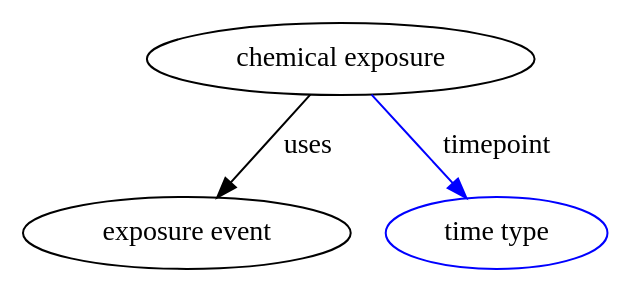
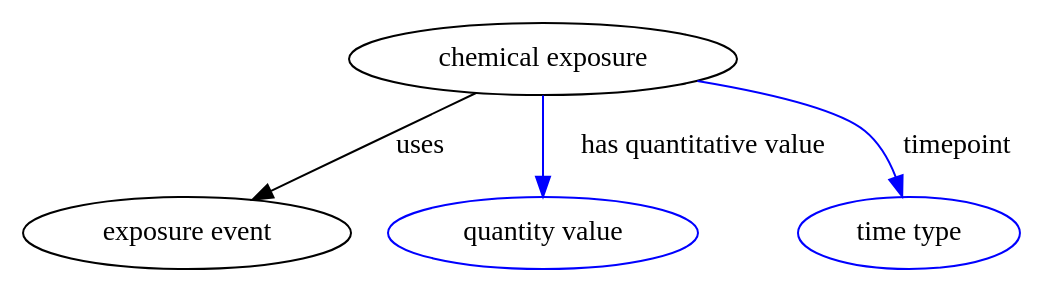
The diagram in graphviz/chemical_exposure.gv (biolink/biolink-model), drawn with Graphviz before and after one commit. The commit also changed 21 other files, not shown here.

```diff
--- a/graphviz/chemical_exposure.gv
+++ b/graphviz/chemical_exposure.gv
@@ -1,24 +1,34 @@
 digraph {
-	graph [bb="0,0,292.14,123"];
+	graph [bb="0,0,500.89,123"];
 	node [label="\N"];
 	"chemical exposure"	[height=0.5,
 		label="chemical exposure",
-		pos="158.89,105",
+		pos="258.89,105",
 		width=2.69];
 	"exposure event"	[height=0.5,
 		pos="81.893,18",
 		width=2.2748];
 	"chemical exposure" -> "exposure event"	[label=uses,
-		lp="142.39,61.5",
-		pos="e,97.074,35.758 143.68,87.207 132.29,74.633 116.54,57.252 103.8,43.182"];
+		lp="198.39,61.5",
+		pos="e,114.44,34.629 225.6,88.012 196.74,74.153 154.84,54.031 123.72,39.088"];
+	"has quantitative value"	[color=blue,
+		height=0.5,
+		label="quantity value",
+		pos="258.89,18",
+		width=2.1484];
+	"chemical exposure" -> "has quantitative value"	[color=blue,
+		label="has quantitative value",
+		lp="338.89,61.5",
+		pos="e,258.89,36.175 258.89,86.799 258.89,75.163 258.89,59.548 258.89,46.237",
+		style=solid];
 	timepoint	[color=blue,
 		height=0.5,
 		label="time type",
-		pos="236.89,18",
+		pos="441.89,18",
 		width=1.5346];
 	"chemical exposure" -> timepoint	[color=blue,
 		label=timepoint,
-		lp="236.89,61.5",
-		pos="e,221.78,35.469 174.3,87.207 185.92,74.552 202,57.026 214.95,42.909",
+		lp="465.89,61.5",
+		pos="e,438.51,36.279 336.11,93.984 370.7,88.16 406.66,79.815 419.89,69 427.07,63.134 431.97,54.457 435.29,45.972",
 		style=solid];
 }
```
